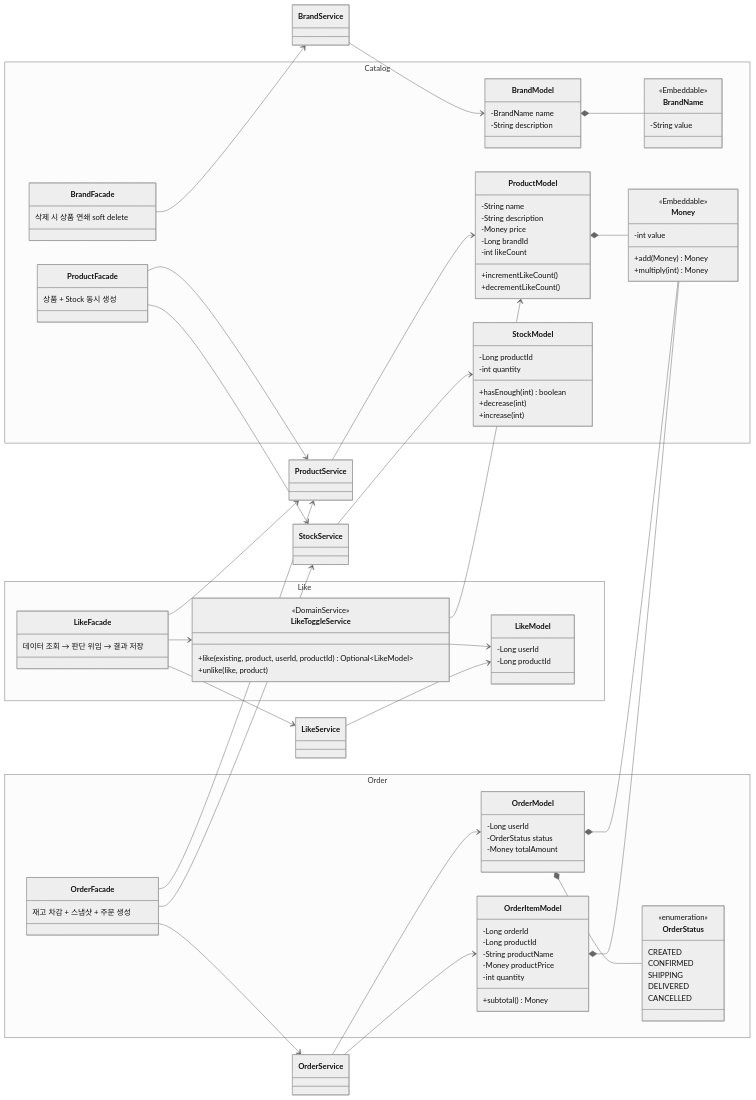
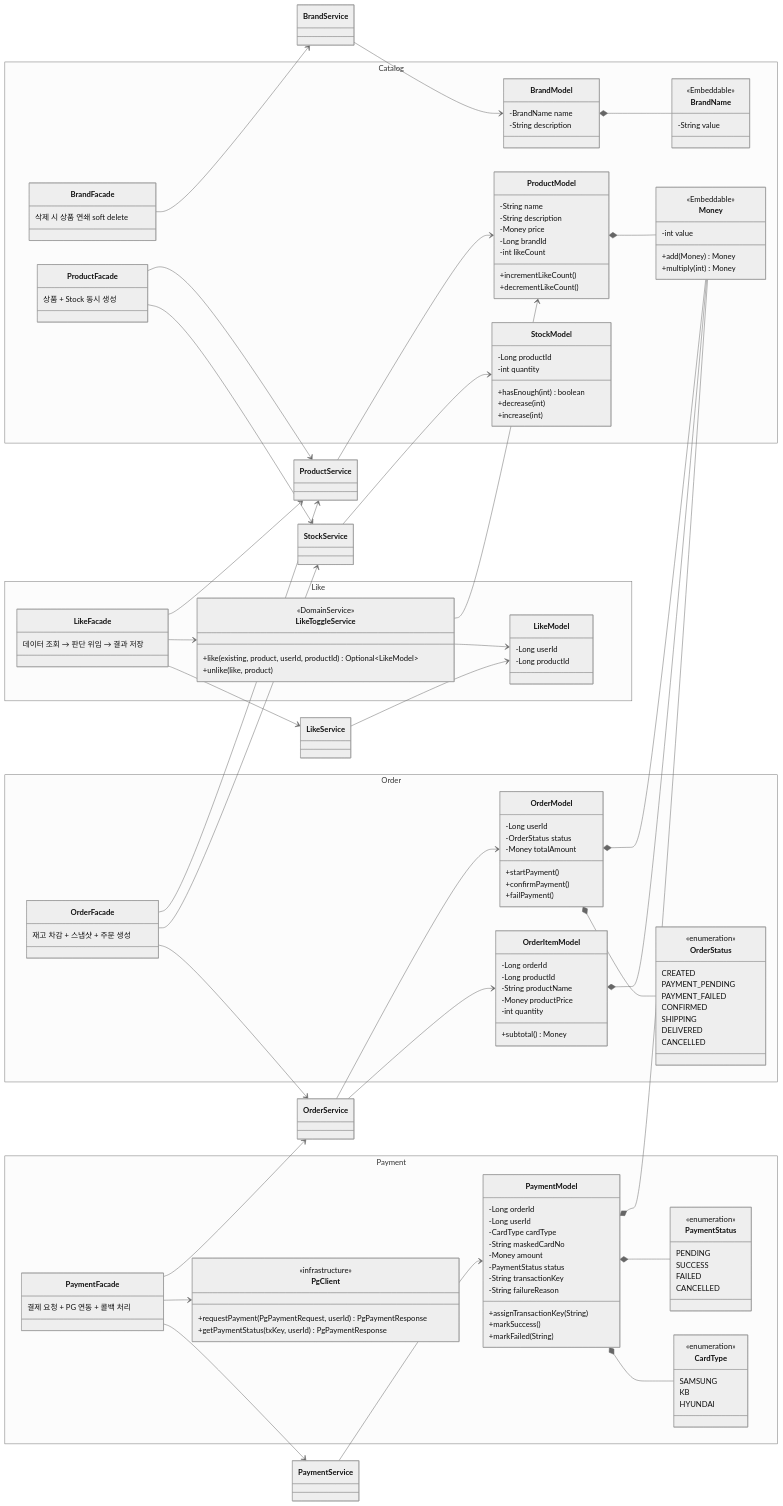
The diagram in docs/design/mermaid/04-class-diagram.mmd (Praesentia-YKM/loop-pack-be-l2-vol3-java), drawn with Mermaid (neutral theme) before and after one commit. The commit also changed 41 other files, not shown here.

First line of the commit message:
feat: 결제(Payment) 도메인 구현 및 Order 도메인 결제 연동

```diff
--- a/docs/design/mermaid/04-class-diagram.mmd
+++ b/docs/design/mermaid/04-class-diagram.mmd
@@ -1,107 +1,156 @@
 classDiagram
     direction LR
 
     namespace Catalog {
         class BrandName {
             <<Embeddable>>
             -String value
         }
         class BrandModel {
             -BrandName name
             -String description
         }
         class BrandFacade {
             삭제 시 상품 연쇄 soft delete
         }
         class Money {
             <<Embeddable>>
             -int value
             +add(Money) Money
             +multiply(int) Money
         }
         class ProductModel {
             -String name
             -String description
             -Money price
             -Long brandId
             -int likeCount
             +incrementLikeCount()
             +decrementLikeCount()
         }
         class StockModel {
             -Long productId
             -int quantity
             +hasEnough(int) boolean
             +decrease(int)
             +increase(int)
         }
         class ProductFacade {
             상품 + Stock 동시 생성
         }
     }
 
     namespace Like {
         class LikeModel {
             -Long userId
             -Long productId
         }
         class LikeToggleService {
             <<DomainService>>
             +like(existing, product, userId, productId) Optional~LikeModel~
             +unlike(like, product)
         }
         class LikeFacade {
             데이터 조회 → 판단 위임 → 결과 저장
         }
     }
 
     namespace Order {
         class OrderStatus {
             <<enumeration>>
             CREATED
+            PAYMENT_PENDING
+            PAYMENT_FAILED
             CONFIRMED
             SHIPPING
             DELIVERED
             CANCELLED
         }
         class OrderModel {
             -Long userId
             -OrderStatus status
             -Money totalAmount
+            +startPayment()
+            +confirmPayment()
+            +failPayment()
         }
         class OrderItemModel {
             -Long orderId
             -Long productId
             -String productName
             -Money productPrice
             -int quantity
             +subtotal() Money
         }
         class OrderFacade {
             재고 차감 + 스냅샷 + 주문 생성
         }
     }
 
+    namespace Payment {
+        class PaymentStatus {
+            <<enumeration>>
+            PENDING
+            SUCCESS
+            FAILED
+            CANCELLED
+        }
+        class CardType {
+            <<enumeration>>
+            SAMSUNG
+            KB
+            HYUNDAI
+        }
+        class PaymentModel {
+            -Long orderId
+            -Long userId
+            -CardType cardType
+            -String maskedCardNo
+            -Money amount
+            -PaymentStatus status
+            -String transactionKey
+            -String failureReason
+            +assignTransactionKey(String)
+            +markSuccess()
+            +markFailed(String)
+        }
+        class PgClient {
+            <<infrastructure>>
+            +requestPayment(PgPaymentRequest, userId) PgPaymentResponse
+            +getPaymentStatus(txKey, userId) PgPaymentResponse
+        }
+        class PaymentFacade {
+            결제 요청 + PG 연동 + 콜백 처리
+        }
+    }
+
     BrandModel *-- BrandName
     ProductModel *-- Money
     OrderModel *-- OrderStatus
     OrderModel *-- Money
     OrderItemModel *-- Money
+    PaymentModel *-- PaymentStatus
+    PaymentModel *-- CardType
+    PaymentModel *-- Money
 
     BrandFacade --> BrandService
     BrandService --> BrandModel
     ProductFacade --> ProductService
     ProductFacade --> StockService
     ProductService --> ProductModel
     StockService --> StockModel
     LikeFacade --> LikeService
     LikeFacade --> ProductService
     LikeFacade --> LikeToggleService
     LikeToggleService --> LikeModel
     LikeToggleService --> ProductModel
     LikeService --> LikeModel
     OrderFacade --> OrderService
     OrderFacade --> ProductService
     OrderFacade --> StockService
     OrderService --> OrderModel
     OrderService --> OrderItemModel
+    PaymentFacade --> PaymentService
+    PaymentFacade --> OrderService
+    PaymentFacade --> PgClient
+    PaymentService --> PaymentModel
```
